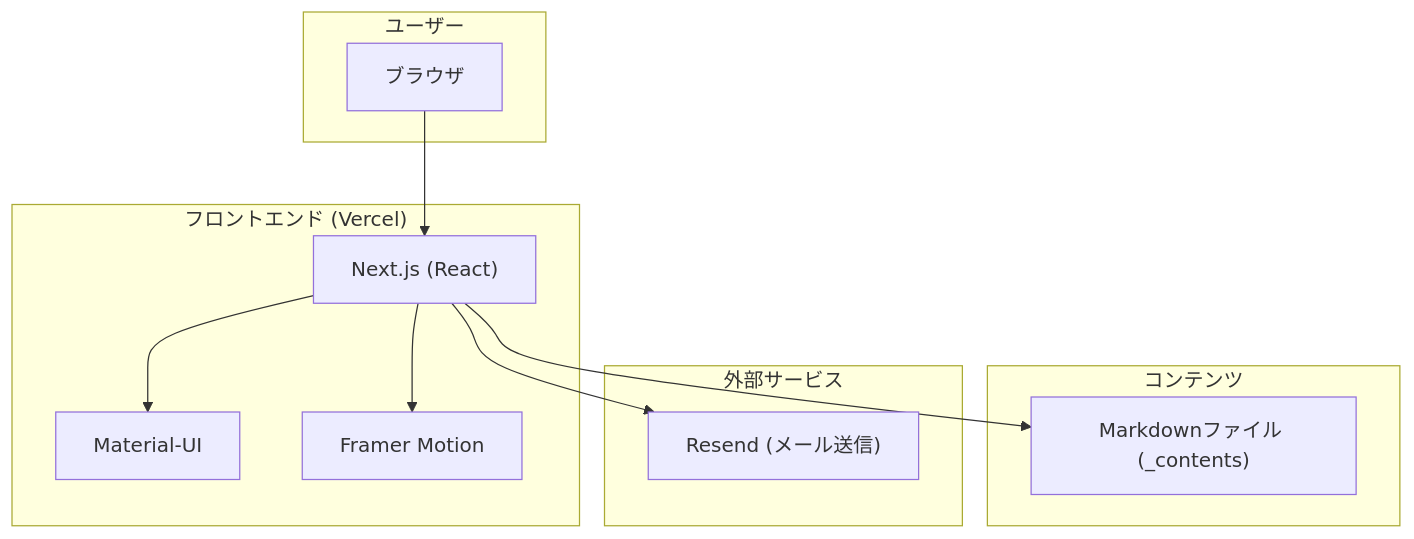
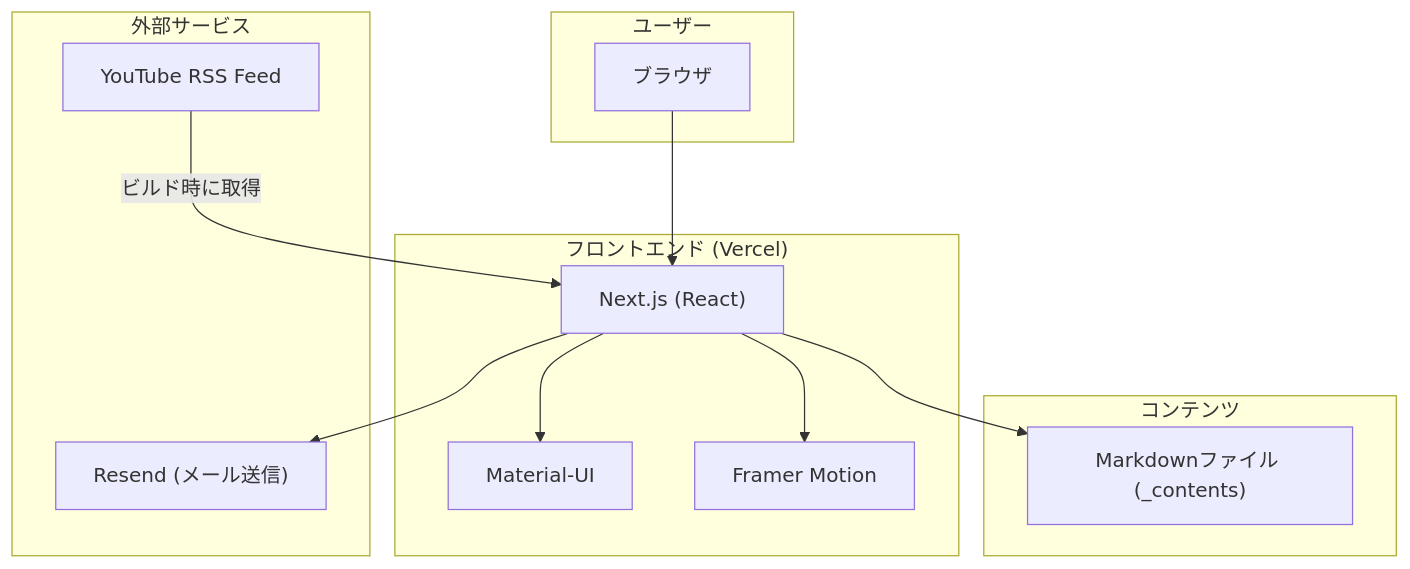
Before and after one commit to shou-dev19/shou-portfolio: the first of 2 diagrams in README.md, drawn with Mermaid. The commit also changed other lines of this file and 10 other files, not shown here.

````diff
--- a/README.md
+++ b/README.md
@@ -19,26 +19,28 @@
 ```mermaid
 graph TD
     subgraph "ユーザー"
         A[ブラウザ]
     end
 
     subgraph "フロントエンド (Vercel)"
         B["Next.js (React)"]
         C[Material-UI]
         D[Framer Motion]
     end
 
     subgraph "コンテンツ"
         E["Markdownファイル (_contents)"]
     end
 
     subgraph "外部サービス"
         F["Resend (メール送信)"]
+        G["YouTube RSS Feed"]
     end
 
     A --> B
     B --> C
     B --> D
     B --> E
     B --> F
+    G -->|ビルド時に取得| B
 ```
````
